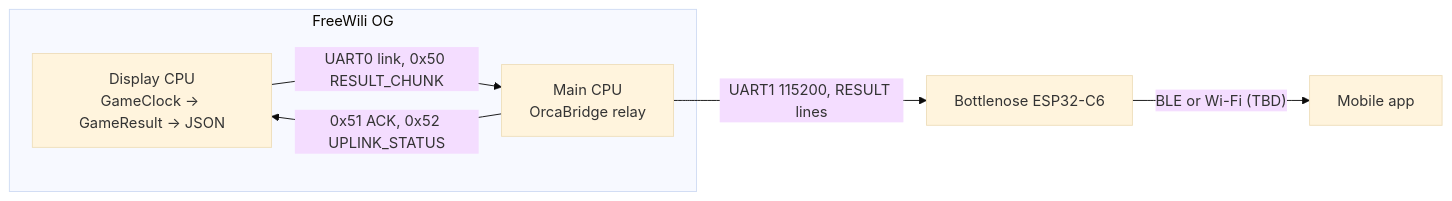
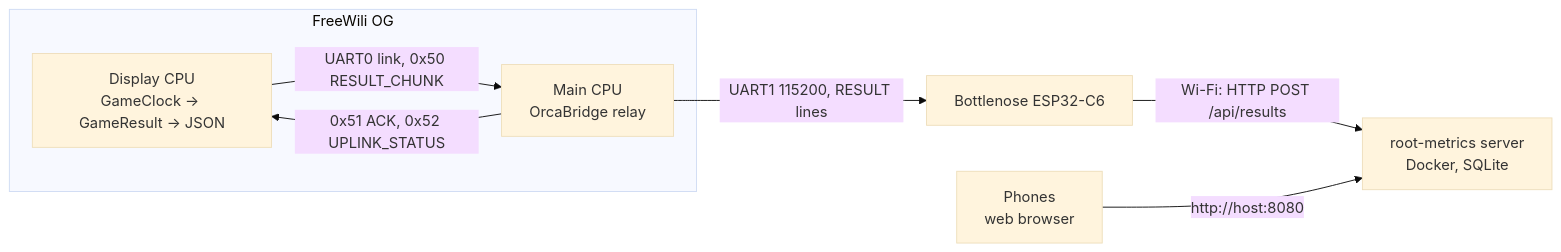
The first of 2 diagrams in documents/04-future-esp32-integration.md (alessandrofelici/hardware-playground), drawn with Mermaid (base theme) before and after one commit. The commit also changed other lines of this file, not shown here.

First line of the commit message:
docs: choose Wi-Fi HTTP POST as the ESP32 -> app transport

````diff
--- a/documents/04-future-esp32-integration.md
+++ b/documents/04-future-esp32-integration.md
@@ -17,13 +18,15 @@
 ```mermaid
 flowchart LR
     subgraph OG["FreeWili OG"]
         D["Display CPU<br/>GameClock -> GameResult -> JSON"]
         M["Main CPU<br/>OrcaBridge relay"]
         D -- "UART0 link, 0x50 RESULT_CHUNK" --> M
         M -- "0x51 ACK, 0x52 UPLINK_STATUS" --> D
     end
     C6["Bottlenose ESP32-C6"]
-    P["Mobile app"]
+    S["root-metrics server<br/>Docker, SQLite"]
+    P["Phones<br/>web browser"]
     M -- "UART1 115200, RESULT lines" --> C6
-    C6 -- "BLE or Wi-Fi (TBD)" --> P
+    C6 -- "Wi-Fi: HTTP POST /api/results" --> S
+    P -- "http://host:8080" --> S
 ```
````
